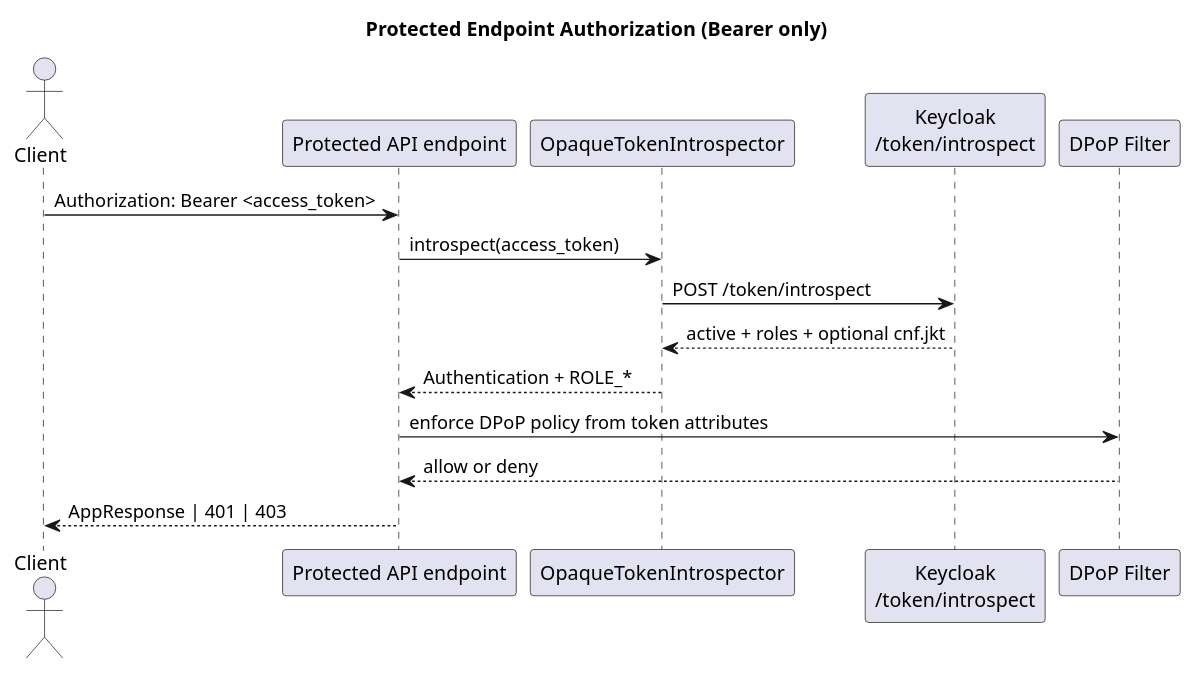
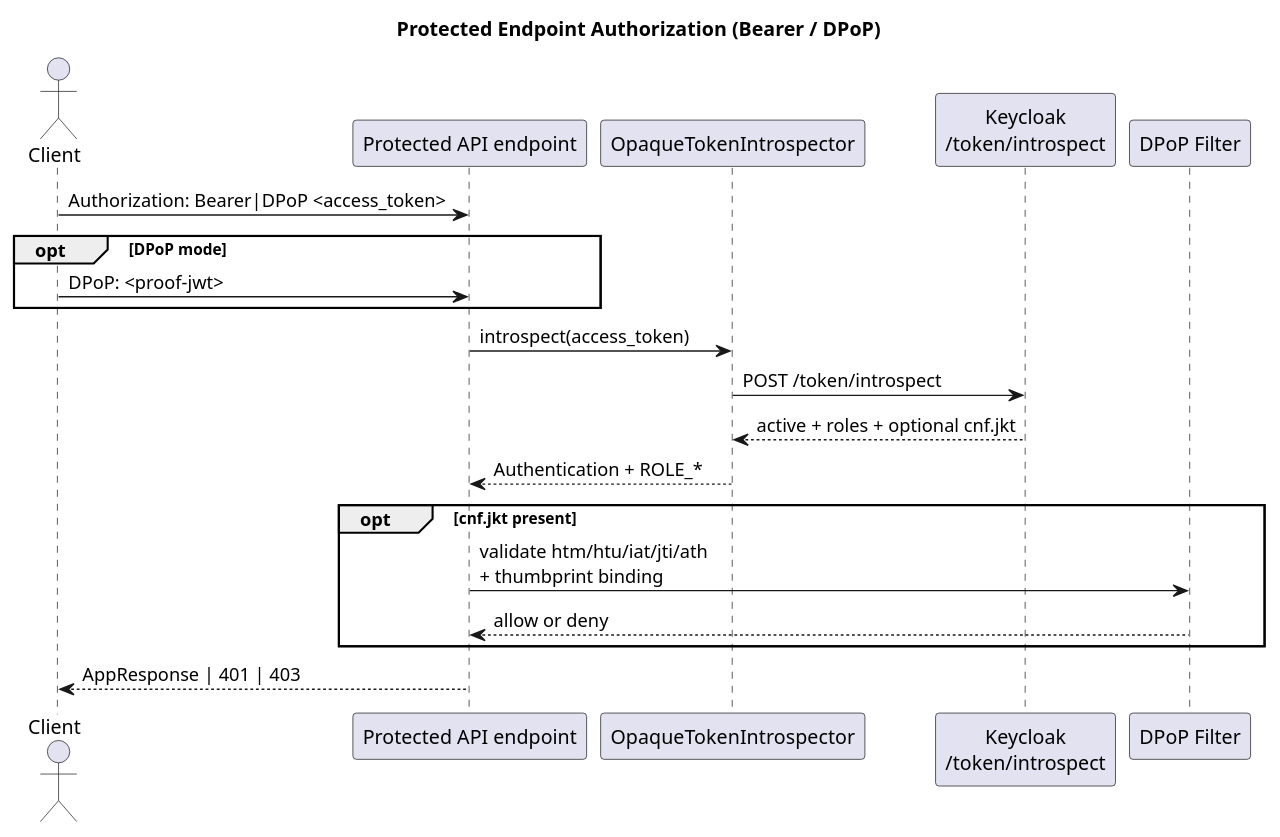
Before and after one commit to igorsatsyuk/jwt-demo: the diagram in docs/diagrams/sequence-protected-authorization.puml, drawn with PlantUML. The commit also changed 7 other files, not shown here.

Commit message:
docs: restore DPoP protected-endpoint flow

```diff
--- a/docs/diagrams/sequence-protected-authorization.puml
+++ b/docs/diagrams/sequence-protected-authorization.puml
@@ -1,22 +1,27 @@
 @startuml
-title Protected Endpoint Authorization (Bearer only)
+title Protected Endpoint Authorization (Bearer / DPoP)
 
 actor Client
 participant "Protected API endpoint" as API
 participant "OpaqueTokenIntrospector" as Intro
 participant "Keycloak\n/token/introspect" as KC
 participant "DPoP Filter" as DPoP
 
-Client -> API: Authorization: Bearer <access_token>
+Client -> API: Authorization: Bearer|DPoP <access_token>
+opt DPoP mode
+  Client -> API: DPoP: <proof-jwt>
+end
 
 API -> Intro: introspect(access_token)
 Intro -> KC: POST /token/introspect
 KC --> Intro: active + roles + optional cnf.jkt
 Intro --> API: Authentication + ROLE_*
 
-API -> DPoP: enforce DPoP policy from token attributes
-DPoP --> API: allow or deny
+opt cnf.jkt present
+  API -> DPoP: validate htm/htu/iat/jti/ath\n+ thumbprint binding
+  DPoP --> API: allow or deny
+end
 
 API --> Client: AppResponse | 401 | 403
 
 @enduml
```
